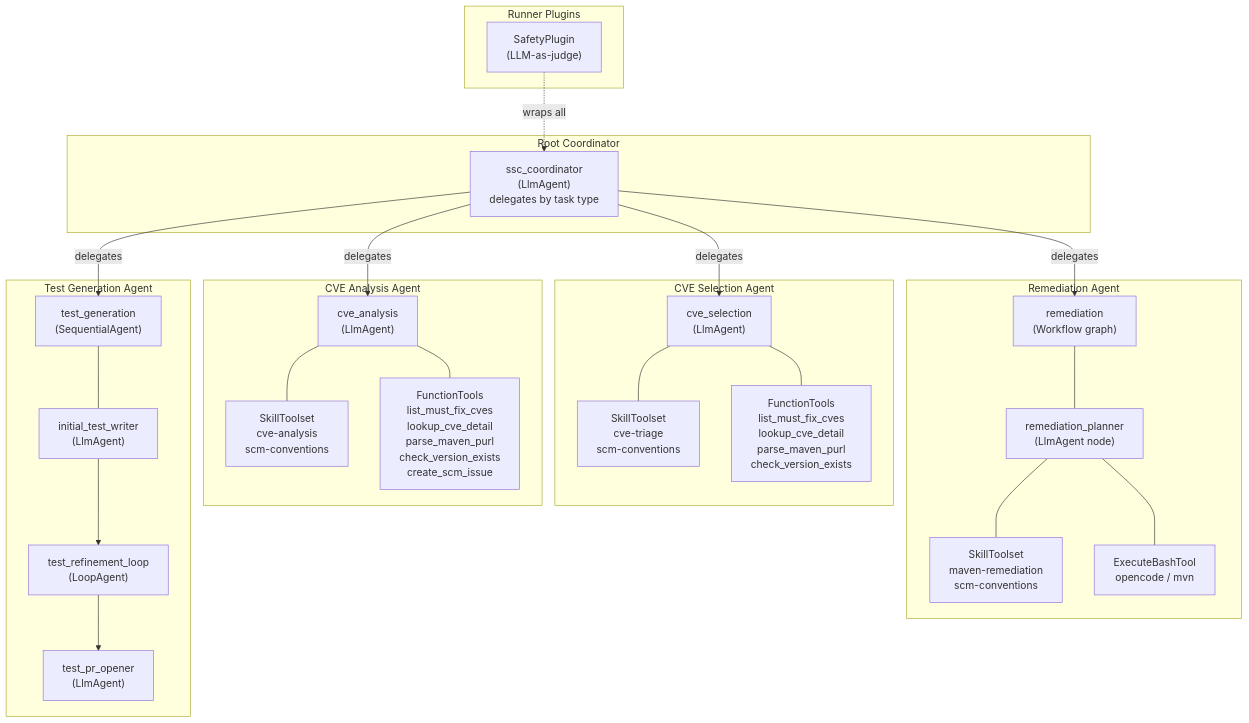
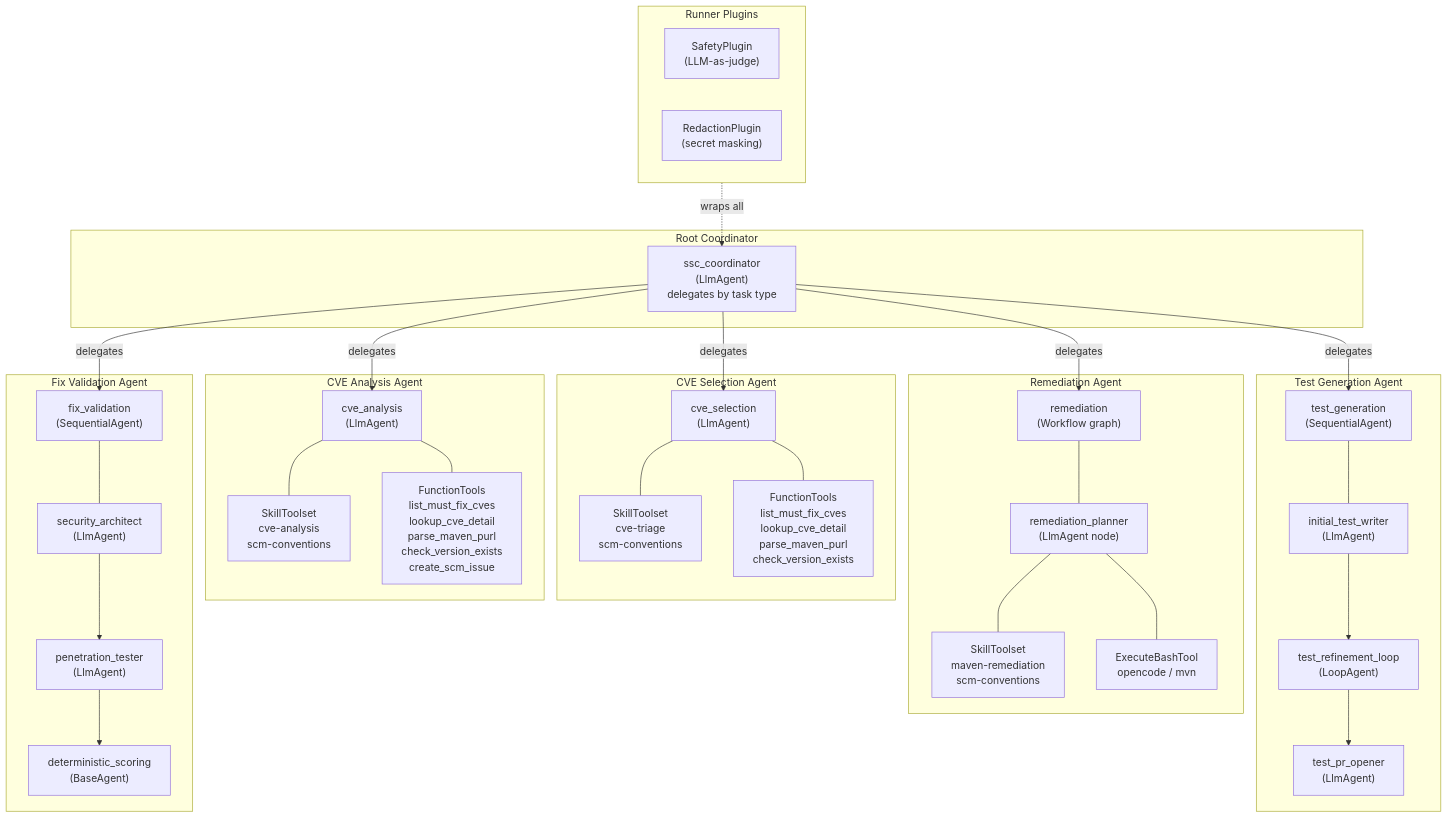
Before and after one commit to rrbanda/lw-agents: the second of 13 diagrams in docs/architecture.md, drawn with Mermaid. The commit also changed other lines of this file and 60 other files, not shown here.

````diff
--- a/docs/architecture.md
+++ b/docs/architecture.md
@@ -47,44 +65,53 @@
 ```mermaid
 flowchart TB
     subgraph root [Root Coordinator]
         coord["ssc_coordinator\n(LlmAgent)\ndelegates by task type"]
     end
 
     subgraph selectAgent [CVE Selection Agent]
         sel["cve_selection\n(LlmAgent)"]
         selSkills["SkillToolset\ncve-triage\nscm-conventions"]
         selTools["FunctionTools\nlist_must_fix_cves\nlookup_cve_detail\nparse_maven_purl\ncheck_version_exists"]
     end
 
     subgraph analysisAgent [CVE Analysis Agent]
         ana["cve_analysis\n(LlmAgent)"]
         anaSkills["SkillToolset\ncve-analysis\nscm-conventions"]
         anaTools["FunctionTools\nlist_must_fix_cves\nlookup_cve_detail\nparse_maven_purl\ncheck_version_exists\ncreate_scm_issue"]
     end
 
     subgraph remAgent [Remediation Agent]
         rem["remediation\n(Workflow graph)"]
         remPlan["remediation_planner\n(LlmAgent node)"]
         remSkills["SkillToolset\nmaven-remediation\nscm-conventions"]
         remBash["ExecuteBashTool\nopencode / mvn"]
     end
 
     subgraph testAgent [Test Generation Agent]
         tst["test_generation\n(SequentialAgent)"]
         tstWriter["initial_test_writer\n(LlmAgent)"]
         tstLoop["test_refinement_loop\n(LoopAgent)"]
         tstPR["test_pr_opener\n(LlmAgent)"]
     end
 
-    subgraph safety [Runner Plugins]
-        safePlug["SafetyPlugin\n(LLM-as-judge)"]
+    subgraph valAgent [Fix Validation Agent]
+        val["fix_validation\n(SequentialAgent)"]
+        valArch["security_architect\n(LlmAgent)"]
+        valPen["penetration_tester\n(LlmAgent)"]
+        valScore["deterministic_scoring\n(BaseAgent)"]
     end
 
-    coord -->|"delegates"| sel & ana & rem & tst
+    subgraph plugins [Runner Plugins]
+        safePlug["SafetyPlugin\n(LLM-as-judge)"]
+        redactPlug["RedactionPlugin\n(secret masking)"]
+    end
+
+    coord -->|"delegates"| sel & ana & rem & tst & val
     sel --- selSkills & selTools
     ana --- anaSkills & anaTools
     rem --- remPlan
     remPlan --- remSkills & remBash
     tst --- tstWriter --> tstLoop --> tstPR
-    safePlug -.->|"wraps all"| coord
+    val --- valArch --> valPen --> valScore
+    plugins -.->|"wraps all"| coord
 ```
````
